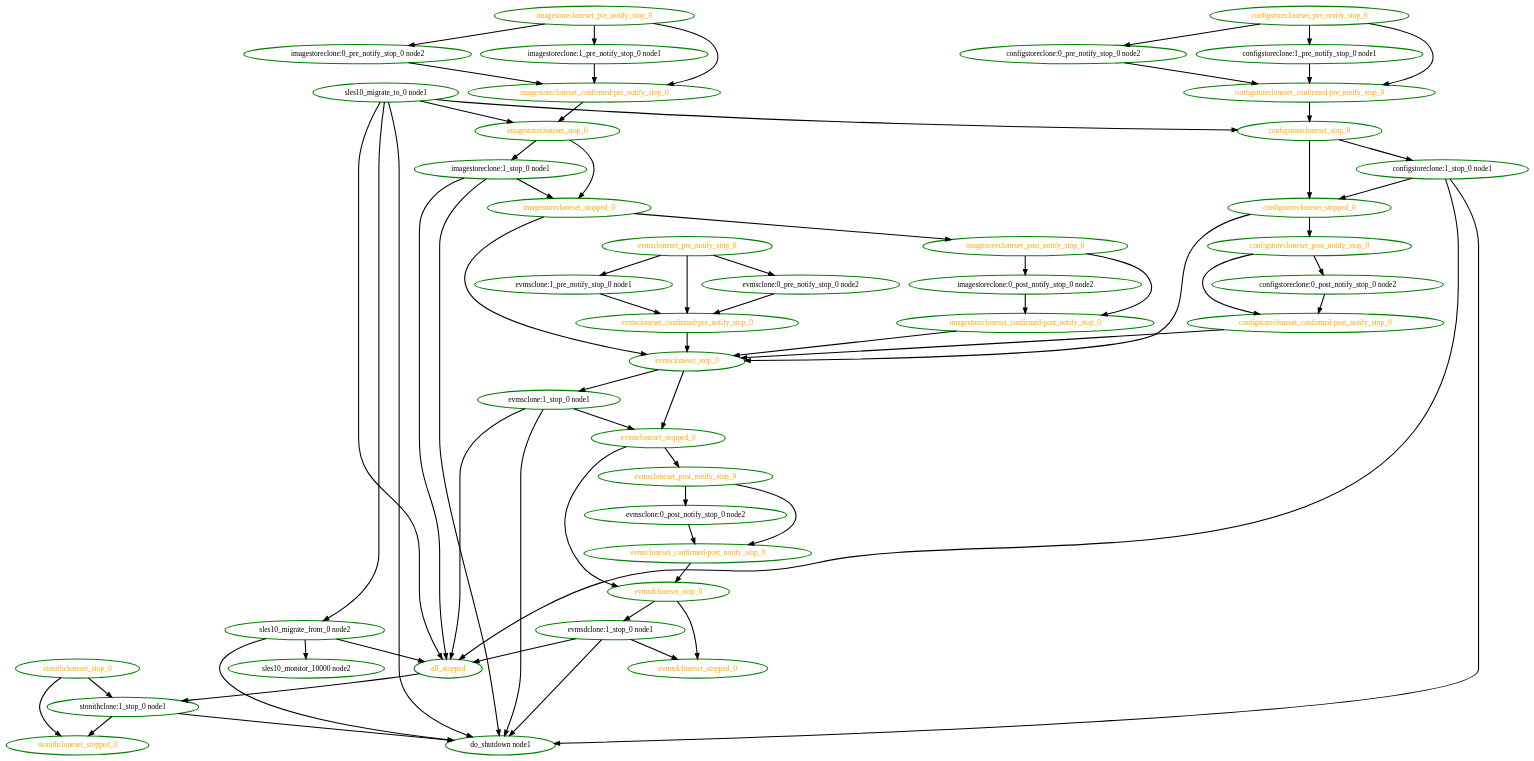
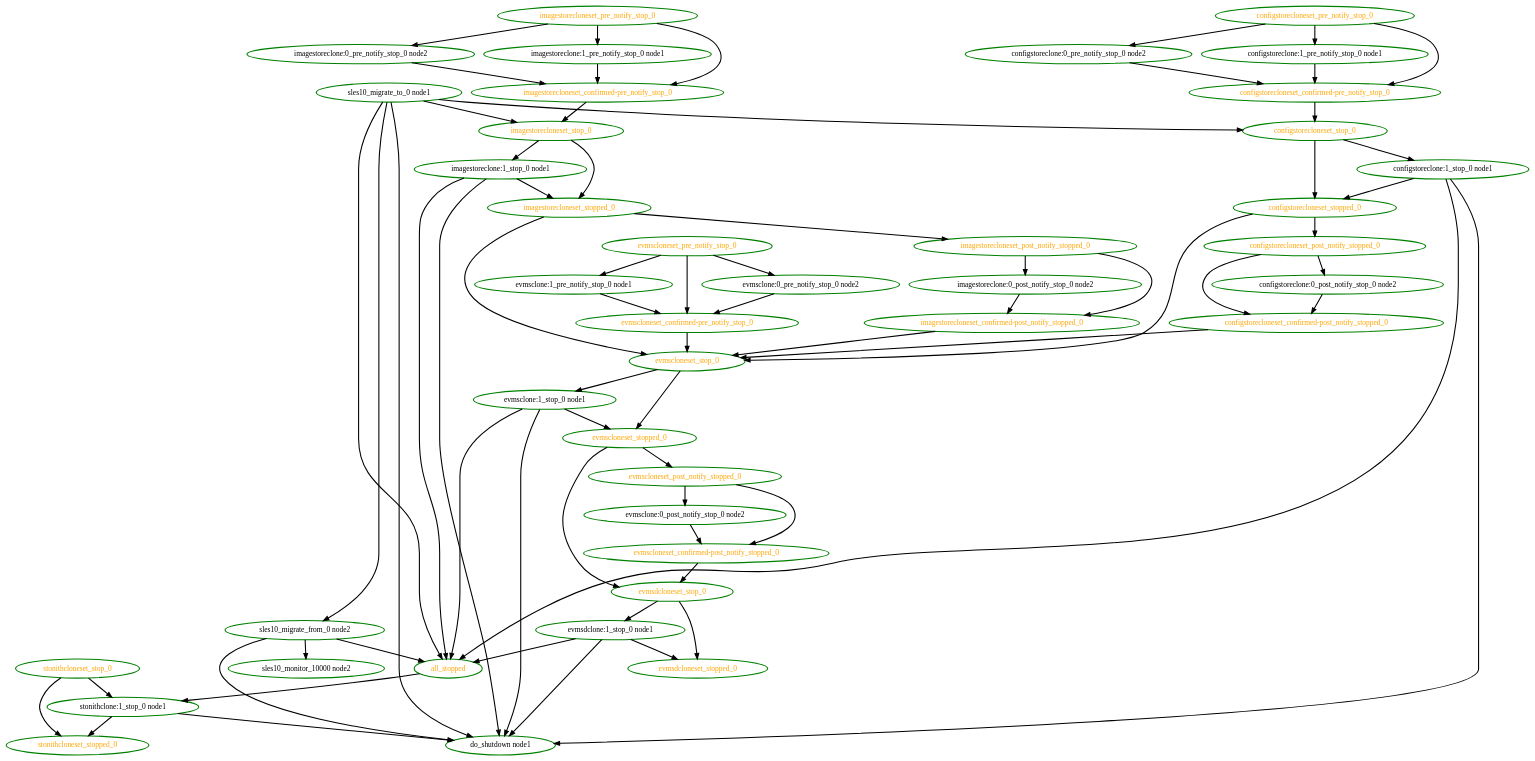
One commit to linux-ha-japan/pm_diskd changed the diagram in pengine/test10/novell-252693.dot. Above: the diagram before and after it, drawn with Graphviz. The commit also changed 68 other files, not shown here.

```diff
--- a/pengine/test10/novell-252693.dot
+++ b/pengine/test10/novell-252693.dot
@@ -1,112 +1,112 @@
  digraph "g" {
 "all_stopped" -> "stonithclone:1_stop_0 node1" [ style = bold]
 "all_stopped" [ style=bold color="green" fontcolor="orange"  ]
-"configstoreclone:0_post_notify_stop_0 node2" -> "configstorecloneset_confirmed-post_notify_stop_0" [ style = bold]
+"configstoreclone:0_post_notify_stop_0 node2" -> "configstorecloneset_confirmed-post_notify_stopped_0" [ style = bold]
 "configstoreclone:0_post_notify_stop_0 node2" [ style=bold color="green" fontcolor="black"  ]
 "configstoreclone:0_pre_notify_stop_0 node2" -> "configstorecloneset_confirmed-pre_notify_stop_0" [ style = bold]
 "configstoreclone:0_pre_notify_stop_0 node2" [ style=bold color="green" fontcolor="black"  ]
 "configstoreclone:1_pre_notify_stop_0 node1" -> "configstorecloneset_confirmed-pre_notify_stop_0" [ style = bold]
 "configstoreclone:1_pre_notify_stop_0 node1" [ style=bold color="green" fontcolor="black"  ]
 "configstoreclone:1_stop_0 node1" -> "all_stopped" [ style = bold]
 "configstoreclone:1_stop_0 node1" -> "configstorecloneset_stopped_0" [ style = bold]
 "configstoreclone:1_stop_0 node1" -> "do_shutdown node1" [ style = bold]
 "configstoreclone:1_stop_0 node1" [ style=bold color="green" fontcolor="black"  ]
-"configstorecloneset_confirmed-post_notify_stop_0" -> "evmscloneset_stop_0" [ style = bold]
-"configstorecloneset_confirmed-post_notify_stop_0" [ style=bold color="green" fontcolor="orange"  ]
+"configstorecloneset_confirmed-post_notify_stopped_0" -> "evmscloneset_stop_0" [ style = bold]
+"configstorecloneset_confirmed-post_notify_stopped_0" [ style=bold color="green" fontcolor="orange"  ]
 "configstorecloneset_confirmed-pre_notify_stop_0" -> "configstorecloneset_stop_0" [ style = bold]
 "configstorecloneset_confirmed-pre_notify_stop_0" [ style=bold color="green" fontcolor="orange"  ]
-"configstorecloneset_post_notify_stop_0" -> "configstoreclone:0_post_notify_stop_0 node2" [ style = bold]
-"configstorecloneset_post_notify_stop_0" -> "configstorecloneset_confirmed-post_notify_stop_0" [ style = bold]
-"configstorecloneset_post_notify_stop_0" [ style=bold color="green" fontcolor="orange"  ]
+"configstorecloneset_post_notify_stopped_0" -> "configstoreclone:0_post_notify_stop_0 node2" [ style = bold]
+"configstorecloneset_post_notify_stopped_0" -> "configstorecloneset_confirmed-post_notify_stopped_0" [ style = bold]
+"configstorecloneset_post_notify_stopped_0" [ style=bold color="green" fontcolor="orange"  ]
 "configstorecloneset_pre_notify_stop_0" -> "configstoreclone:0_pre_notify_stop_0 node2" [ style = bold]
 "configstorecloneset_pre_notify_stop_0" -> "configstoreclone:1_pre_notify_stop_0 node1" [ style = bold]
 "configstorecloneset_pre_notify_stop_0" -> "configstorecloneset_confirmed-pre_notify_stop_0" [ style = bold]
 "configstorecloneset_pre_notify_stop_0" [ style=bold color="green" fontcolor="orange"  ]
 "configstorecloneset_stop_0" -> "configstoreclone:1_stop_0 node1" [ style = bold]
 "configstorecloneset_stop_0" -> "configstorecloneset_stopped_0" [ style = bold]
 "configstorecloneset_stop_0" [ style=bold color="green" fontcolor="orange"  ]
-"configstorecloneset_stopped_0" -> "configstorecloneset_post_notify_stop_0" [ style = bold]
+"configstorecloneset_stopped_0" -> "configstorecloneset_post_notify_stopped_0" [ style = bold]
 "configstorecloneset_stopped_0" -> "evmscloneset_stop_0" [ style = bold]
 "configstorecloneset_stopped_0" [ style=bold color="green" fontcolor="orange"  ]
 "do_shutdown node1" [ style=bold color="green" fontcolor="black"  ]
-"evmsclone:0_post_notify_stop_0 node2" -> "evmscloneset_confirmed-post_notify_stop_0" [ style = bold]
+"evmsclone:0_post_notify_stop_0 node2" -> "evmscloneset_confirmed-post_notify_stopped_0" [ style = bold]
 "evmsclone:0_post_notify_stop_0 node2" [ style=bold color="green" fontcolor="black"  ]
 "evmsclone:0_pre_notify_stop_0 node2" -> "evmscloneset_confirmed-pre_notify_stop_0" [ style = bold]
 "evmsclone:0_pre_notify_stop_0 node2" [ style=bold color="green" fontcolor="black"  ]
 "evmsclone:1_pre_notify_stop_0 node1" -> "evmscloneset_confirmed-pre_notify_stop_0" [ style = bold]
 "evmsclone:1_pre_notify_stop_0 node1" [ style=bold color="green" fontcolor="black"  ]
 "evmsclone:1_stop_0 node1" -> "all_stopped" [ style = bold]
 "evmsclone:1_stop_0 node1" -> "do_shutdown node1" [ style = bold]
 "evmsclone:1_stop_0 node1" -> "evmscloneset_stopped_0" [ style = bold]
 "evmsclone:1_stop_0 node1" [ style=bold color="green" fontcolor="black"  ]
-"evmscloneset_confirmed-post_notify_stop_0" -> "evmsdcloneset_stop_0" [ style = bold]
-"evmscloneset_confirmed-post_notify_stop_0" [ style=bold color="green" fontcolor="orange"  ]
+"evmscloneset_confirmed-post_notify_stopped_0" -> "evmsdcloneset_stop_0" [ style = bold]
+"evmscloneset_confirmed-post_notify_stopped_0" [ style=bold color="green" fontcolor="orange"  ]
 "evmscloneset_confirmed-pre_notify_stop_0" -> "evmscloneset_stop_0" [ style = bold]
 "evmscloneset_confirmed-pre_notify_stop_0" [ style=bold color="green" fontcolor="orange"  ]
-"evmscloneset_post_notify_stop_0" -> "evmsclone:0_post_notify_stop_0 node2" [ style = bold]
-"evmscloneset_post_notify_stop_0" -> "evmscloneset_confirmed-post_notify_stop_0" [ style = bold]
-"evmscloneset_post_notify_stop_0" [ style=bold color="green" fontcolor="orange"  ]
+"evmscloneset_post_notify_stopped_0" -> "evmsclone:0_post_notify_stop_0 node2" [ style = bold]
+"evmscloneset_post_notify_stopped_0" -> "evmscloneset_confirmed-post_notify_stopped_0" [ style = bold]
+"evmscloneset_post_notify_stopped_0" [ style=bold color="green" fontcolor="orange"  ]
 "evmscloneset_pre_notify_stop_0" -> "evmsclone:0_pre_notify_stop_0 node2" [ style = bold]
 "evmscloneset_pre_notify_stop_0" -> "evmsclone:1_pre_notify_stop_0 node1" [ style = bold]
 "evmscloneset_pre_notify_stop_0" -> "evmscloneset_confirmed-pre_notify_stop_0" [ style = bold]
 "evmscloneset_pre_notify_stop_0" [ style=bold color="green" fontcolor="orange"  ]
 "evmscloneset_stop_0" -> "evmsclone:1_stop_0 node1" [ style = bold]
 "evmscloneset_stop_0" -> "evmscloneset_stopped_0" [ style = bold]
 "evmscloneset_stop_0" [ style=bold color="green" fontcolor="orange"  ]
-"evmscloneset_stopped_0" -> "evmscloneset_post_notify_stop_0" [ style = bold]
+"evmscloneset_stopped_0" -> "evmscloneset_post_notify_stopped_0" [ style = bold]
 "evmscloneset_stopped_0" -> "evmsdcloneset_stop_0" [ style = bold]
 "evmscloneset_stopped_0" [ style=bold color="green" fontcolor="orange"  ]
 "evmsdclone:1_stop_0 node1" -> "all_stopped" [ style = bold]
 "evmsdclone:1_stop_0 node1" -> "do_shutdown node1" [ style = bold]
 "evmsdclone:1_stop_0 node1" -> "evmsdcloneset_stopped_0" [ style = bold]
 "evmsdclone:1_stop_0 node1" [ style=bold color="green" fontcolor="black"  ]
 "evmsdcloneset_stop_0" -> "evmsdclone:1_stop_0 node1" [ style = bold]
 "evmsdcloneset_stop_0" -> "evmsdcloneset_stopped_0" [ style = bold]
 "evmsdcloneset_stop_0" [ style=bold color="green" fontcolor="orange"  ]
 "evmsdcloneset_stopped_0" [ style=bold color="green" fontcolor="orange"  ]
-"imagestoreclone:0_post_notify_stop_0 node2" -> "imagestorecloneset_confirmed-post_notify_stop_0" [ style = bold]
+"imagestoreclone:0_post_notify_stop_0 node2" -> "imagestorecloneset_confirmed-post_notify_stopped_0" [ style = bold]
 "imagestoreclone:0_post_notify_stop_0 node2" [ style=bold color="green" fontcolor="black"  ]
 "imagestoreclone:0_pre_notify_stop_0 node2" -> "imagestorecloneset_confirmed-pre_notify_stop_0" [ style = bold]
 "imagestoreclone:0_pre_notify_stop_0 node2" [ style=bold color="green" fontcolor="black"  ]
 "imagestoreclone:1_pre_notify_stop_0 node1" -> "imagestorecloneset_confirmed-pre_notify_stop_0" [ style = bold]
 "imagestoreclone:1_pre_notify_stop_0 node1" [ style=bold color="green" fontcolor="black"  ]
 "imagestoreclone:1_stop_0 node1" -> "all_stopped" [ style = bold]
 "imagestoreclone:1_stop_0 node1" -> "do_shutdown node1" [ style = bold]
 "imagestoreclone:1_stop_0 node1" -> "imagestorecloneset_stopped_0" [ style = bold]
 "imagestoreclone:1_stop_0 node1" [ style=bold color="green" fontcolor="black"  ]
-"imagestorecloneset_confirmed-post_notify_stop_0" -> "evmscloneset_stop_0" [ style = bold]
-"imagestorecloneset_confirmed-post_notify_stop_0" [ style=bold color="green" fontcolor="orange"  ]
+"imagestorecloneset_confirmed-post_notify_stopped_0" -> "evmscloneset_stop_0" [ style = bold]
+"imagestorecloneset_confirmed-post_notify_stopped_0" [ style=bold color="green" fontcolor="orange"  ]
 "imagestorecloneset_confirmed-pre_notify_stop_0" -> "imagestorecloneset_stop_0" [ style = bold]
 "imagestorecloneset_confirmed-pre_notify_stop_0" [ style=bold color="green" fontcolor="orange"  ]
-"imagestorecloneset_post_notify_stop_0" -> "imagestoreclone:0_post_notify_stop_0 node2" [ style = bold]
-"imagestorecloneset_post_notify_stop_0" -> "imagestorecloneset_confirmed-post_notify_stop_0" [ style = bold]
-"imagestorecloneset_post_notify_stop_0" [ style=bold color="green" fontcolor="orange"  ]
+"imagestorecloneset_post_notify_stopped_0" -> "imagestoreclone:0_post_notify_stop_0 node2" [ style = bold]
+"imagestorecloneset_post_notify_stopped_0" -> "imagestorecloneset_confirmed-post_notify_stopped_0" [ style = bold]
+"imagestorecloneset_post_notify_stopped_0" [ style=bold color="green" fontcolor="orange"  ]
 "imagestorecloneset_pre_notify_stop_0" -> "imagestoreclone:0_pre_notify_stop_0 node2" [ style = bold]
 "imagestorecloneset_pre_notify_stop_0" -> "imagestoreclone:1_pre_notify_stop_0 node1" [ style = bold]
 "imagestorecloneset_pre_notify_stop_0" -> "imagestorecloneset_confirmed-pre_notify_stop_0" [ style = bold]
 "imagestorecloneset_pre_notify_stop_0" [ style=bold color="green" fontcolor="orange"  ]
 "imagestorecloneset_stop_0" -> "imagestoreclone:1_stop_0 node1" [ style = bold]
 "imagestorecloneset_stop_0" -> "imagestorecloneset_stopped_0" [ style = bold]
 "imagestorecloneset_stop_0" [ style=bold color="green" fontcolor="orange"  ]
 "imagestorecloneset_stopped_0" -> "evmscloneset_stop_0" [ style = bold]
-"imagestorecloneset_stopped_0" -> "imagestorecloneset_post_notify_stop_0" [ style = bold]
+"imagestorecloneset_stopped_0" -> "imagestorecloneset_post_notify_stopped_0" [ style = bold]
 "imagestorecloneset_stopped_0" [ style=bold color="green" fontcolor="orange"  ]
 "sles10_migrate_from_0 node2" -> "all_stopped" [ style = bold]
 "sles10_migrate_from_0 node2" -> "do_shutdown node1" [ style = bold]
 "sles10_migrate_from_0 node2" -> "sles10_monitor_10000 node2" [ style = bold]
 "sles10_migrate_from_0 node2" [ style=bold color="green" fontcolor="black"  ]
 "sles10_migrate_to_0 node1" -> "all_stopped" [ style = bold]
 "sles10_migrate_to_0 node1" -> "configstorecloneset_stop_0" [ style = bold]
 "sles10_migrate_to_0 node1" -> "do_shutdown node1" [ style = bold]
 "sles10_migrate_to_0 node1" -> "imagestorecloneset_stop_0" [ style = bold]
 "sles10_migrate_to_0 node1" -> "sles10_migrate_from_0 node2" [ style = bold]
 "sles10_migrate_to_0 node1" [ style=bold color="green" fontcolor="black"  ]
 "sles10_monitor_10000 node2" [ style=bold color="green" fontcolor="black"  ]
 "stonithclone:1_stop_0 node1" -> "do_shutdown node1" [ style = bold]
 "stonithclone:1_stop_0 node1" -> "stonithcloneset_stopped_0" [ style = bold]
 "stonithclone:1_stop_0 node1" [ style=bold color="green" fontcolor="black"  ]
 "stonithcloneset_stop_0" -> "stonithclone:1_stop_0 node1" [ style = bold]
 "stonithcloneset_stop_0" -> "stonithcloneset_stopped_0" [ style = bold]
 "stonithcloneset_stop_0" [ style=bold color="green" fontcolor="orange"  ]
 "stonithcloneset_stopped_0" [ style=bold color="green" fontcolor="orange"  ]
 }
```
